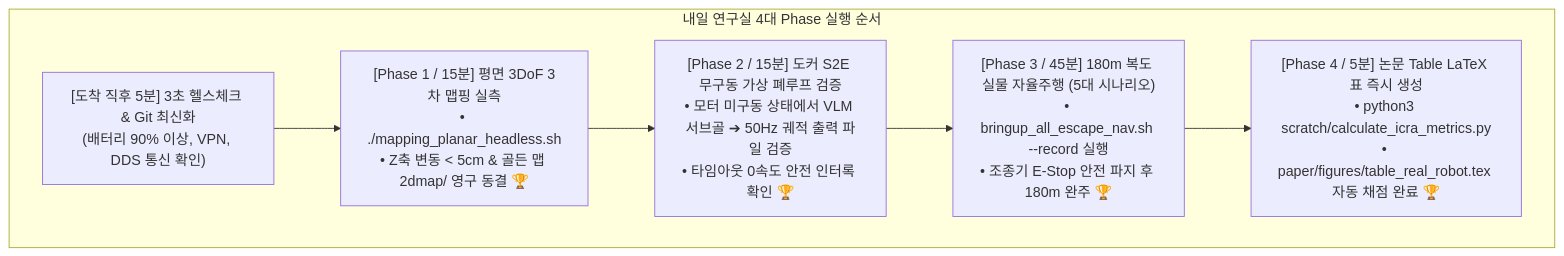
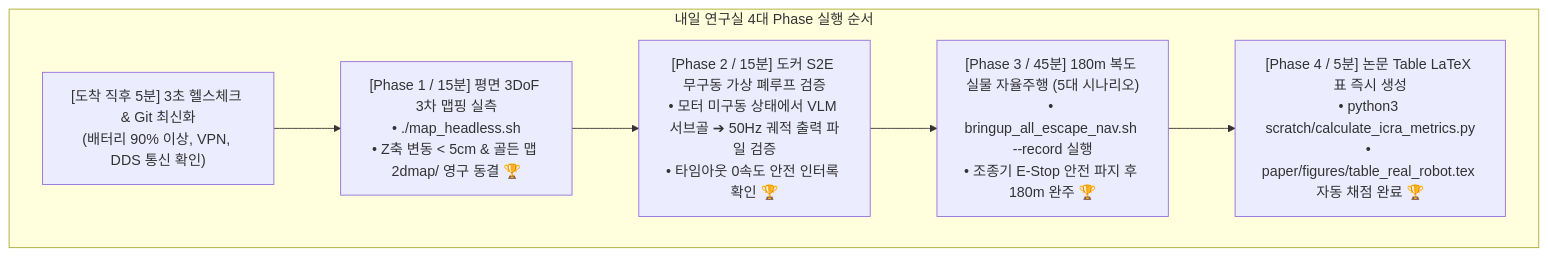
The diagram in docs/master_plan/[2026-08-28_내일_연구실_현장_실물실증_완전정복_1-Click_체크리스트_및_SOP].md (CGV-HGU/go2_ws), drawn with Mermaid before and after one commit. The commit also changed other lines of this file and 58 other files, not shown here.

Commit message:
feat(mapping & pixnav): unify mapping scripts into run_map.sh/map_headless.sh, add pixnav qualification checkers, and update master plan docs

````diff
--- a/docs/master_plan/[2026-08-28_내일_연구실_현장_실물실증_완전정복_1-Click_체크리스트_및_SOP].md
+++ b/docs/master_plan/[2026-08-28_내일_연구실_현장_실물실증_완전정복_1-Click_체크리스트_및_SOP].md
@@ -13,12 +13,12 @@
 ```mermaid
 graph TD
     subgraph "내일 연구실 4대 Phase 실행 순서"
         P0["[도착 직후 5분] 3초 헬스체크 & Git 최신화<br/>(배터리 90% 이상, VPN, DDS 통신 확인)"]
-        P1["[Phase 1 / 15분] 평면 3DoF 3차 맵핑 실측<br/>• ./mapping_planar_headless.sh<br/>• Z축 변동 < 5cm & 골든 맵 2dmap/ 영구 동결 🏆"]
+        P1["[Phase 1 / 15분] 평면 3DoF 3차 맵핑 실측<br/>• ./map_headless.sh<br/>• Z축 변동 < 5cm & 골든 맵 2dmap/ 영구 동결 🏆"]
         P2["[Phase 2 / 15분] 도커 S2E 무구동 가상 폐루프 검증<br/>• 모터 미구동 상태에서 VLM 서브골 ➔ 50Hz 궤적 출력 파일 검증<br/>• 타임아웃 0속도 안전 인터록 확인 🏆"]
         P3["[Phase 3 / 45분] 180m 복도 실물 자율주행 (5대 시나리오)<br/>• bringup_all_escape_nav.sh --record 실행<br/>• 조종기 E-Stop 안전 파지 후 180m 완주 🏆"]
         P4["[Phase 4 / 5분] 논문 Table LaTeX 표 즉시 생성<br/>• python3 scratch/calculate_icra_metrics.py<br/>• paper/figures/table_real_robot.tex 자동 채점 완료 🏆"]
     end
 
     P0 --> P1 --> P2 --> P3 --> P4
 ```
````
